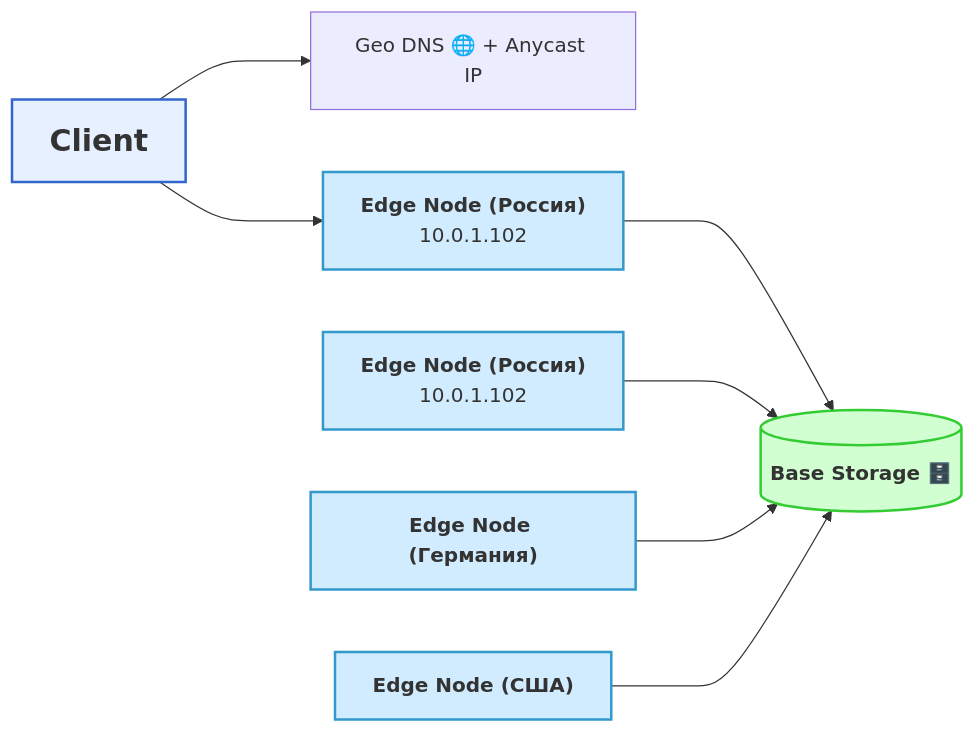
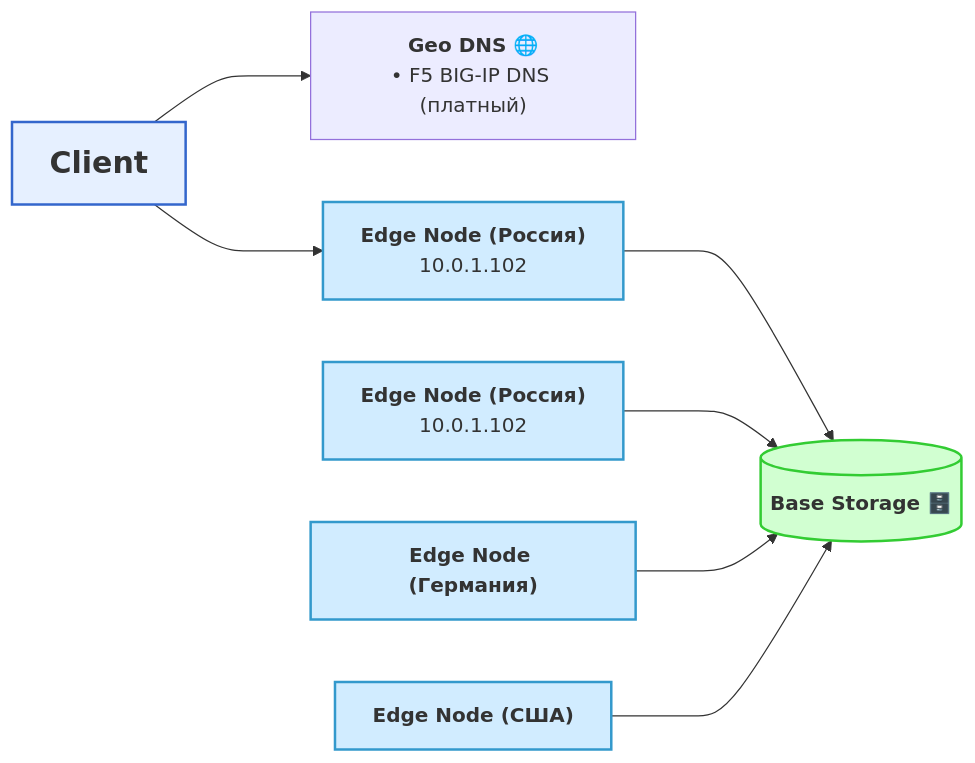
Before and after one commit to KmnPetr/SysDesign: the first of 4 diagrams in sdn.md, drawn with Mermaid.

````diff
--- a/sdn.md
+++ b/sdn.md
@@ -5,35 +5,35 @@
 ```mermaid
 graph LR
 
     CLIENT["<b><font size='5'>Client</font></b>"]
 
 
-    GEO_DNS["Geo DNS 🌐 + Anycast IP"]
+    GEO_DNS["<b>Geo DNS 🌐</b><br/>• F5 BIG‑IP DNS (платный)"]
 
 
     EDGE_NODE1["<b>Edge Node (Россия)</b><br/> 10.0.1.102"]
     EDGE_NODE2["<b>Edge Node (Россия)</b><br/> 10.0.1.102"]
     EDGE_NODE3["<b>Edge Node (Германия)</b>"]
     EDGE_NODE4["<b>Edge Node (США)</b>"]
 
     BASE_STORAGE[("<b>Base Storage 🗄️</b>")]
 
     
     CLIENT ---> GEO_DNS
     CLIENT ---> EDGE_NODE1
 
     EDGE_NODE1 ---> BASE_STORAGE
     EDGE_NODE2 ---> BASE_STORAGE
     EDGE_NODE3 ---> BASE_STORAGE
     EDGE_NODE4 ---> BASE_STORAGE
 
 
 
     style EDGE_NODE1 fill:#d1ecff,stroke:#3399cc,stroke-width:2px
     style EDGE_NODE2 fill:#d1ecff,stroke:#3399cc,stroke-width:2px
     style EDGE_NODE3 fill:#d1ecff,stroke:#3399cc,stroke-width:2px
     style EDGE_NODE4 fill:#d1ecff,stroke:#3399cc,stroke-width:2px
     style CLIENT fill:#e6f0ff,stroke:#3366cc,stroke-width:2px
     style BASE_STORAGE fill:#d1ffd1,stroke:#33cc33,stroke-width:2px
 
 ```
````
